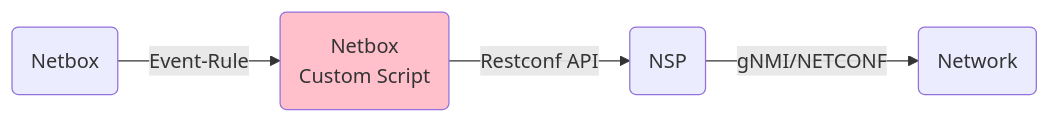
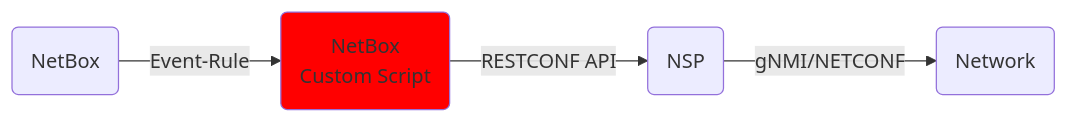
One commit to nokia/SReXperts changed the diagram in docs/nsp/advanced/57-nsp-netbox.md. Above: the diagram before and after it, drawn with Mermaid. The commit also changed other lines of this file and 107 other files, not shown here.

````diff
--- a/docs/nsp/advanced/57-nsp-netbox.md
+++ b/docs/nsp/advanced/57-nsp-netbox.md
@@ -25,7 +34,7 @@
 ``` mermaid
 flowchart LR
-    nb(Netbox) --> |Event-Rule| sc(Netbox <br> Custom Script)
-    sc -->|Restconf API| nsp(NSP)
+    nb(NetBox) --> |Event-Rule| sc(NetBox <br> Custom Script)
+    sc -->|RESTCONF API| nsp(NSP)
     nsp --> |gNMI/NETCONF| net(Network)
-    style sc fill:pink
+    style sc fill:red
 ```
````
